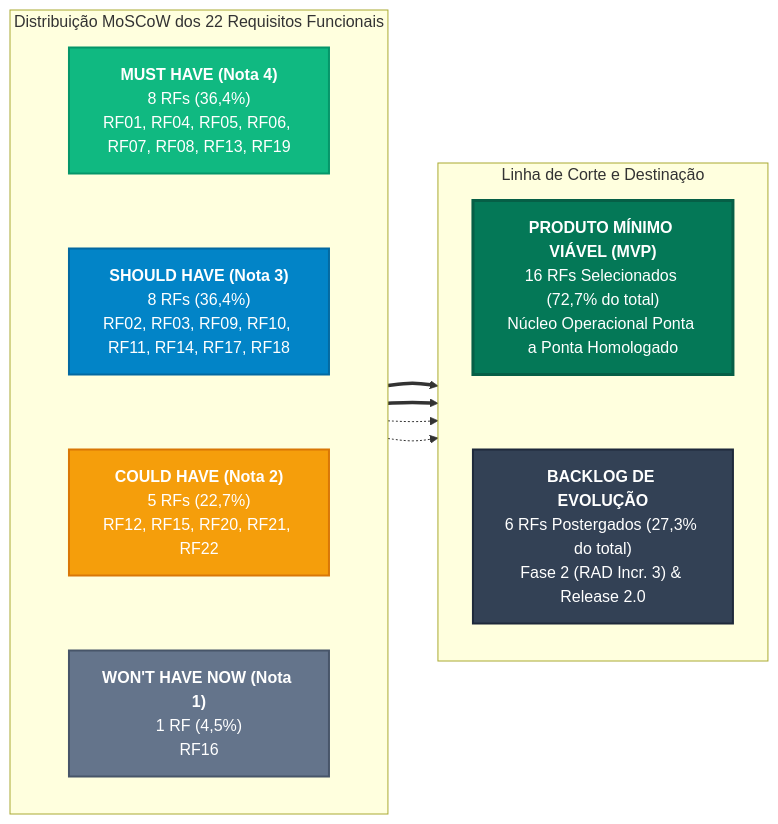
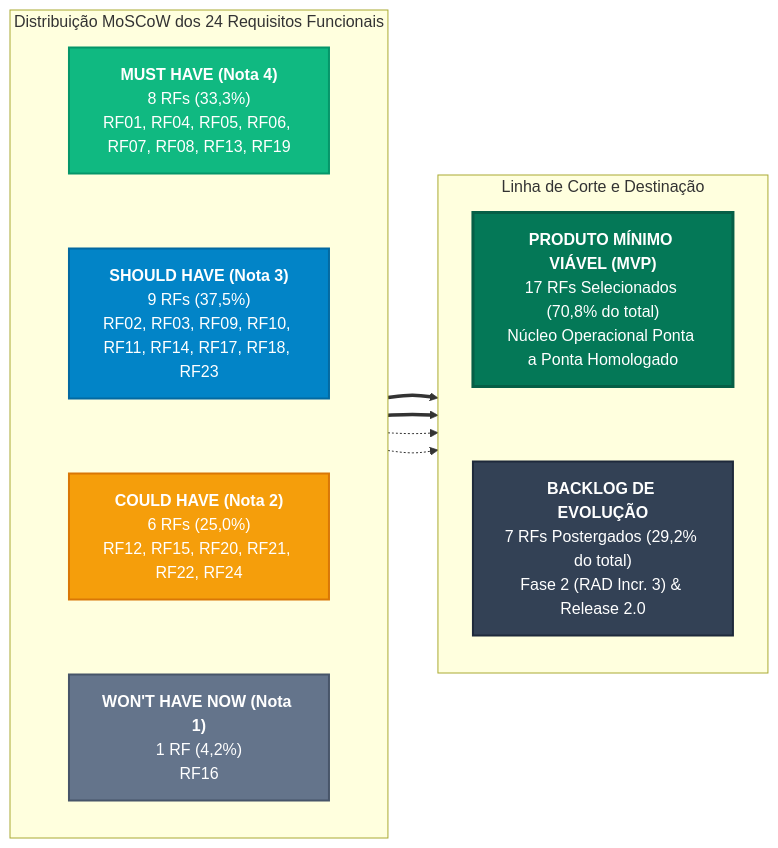
The second of 4 diagrams in docs/requisitos/priorizacao.md (mdsreq-fga-unb/REQ-2026.2-T01-DUOC-Finance), drawn with Mermaid before and after one commit. The commit also changed other lines of this file and 1 other file, not shown here.

````diff
--- a/docs/requisitos/priorizacao.md
+++ b/docs/requisitos/priorizacao.md
@@ -88,39 +90,39 @@
 ```mermaid
 flowchart LR
-    subgraph MOSCOW["Distribuição MoSCoW dos 22 Requisitos Funcionais"]
+    subgraph MOSCOW["Distribuição MoSCoW dos 24 Requisitos Funcionais"]
         direction TB
-        M["<b>MUST HAVE (Nota 4)</b><br>8 RFs (36,4%)<br>RF01, RF04, RF05, RF06, RF07, RF08, RF13, RF19"]
-        S["<b>SHOULD HAVE (Nota 3)</b><br>8 RFs (36,4%)<br>RF02, RF03, RF09, RF10, RF11, RF14, RF17, RF18"]
-        C["<b>COULD HAVE (Nota 2)</b><br>5 RFs (22,7%)<br>RF12, RF15, RF20, RF21, RF22"]
-        W["<b>WON'T HAVE NOW (Nota 1)</b><br>1 RF (4,5%)<br>RF16"]
+        M["<b>MUST HAVE (Nota 4)</b><br>8 RFs (33,3%)<br>RF01, RF04, RF05, RF06, RF07, RF08, RF13, RF19"]
+        S["<b>SHOULD HAVE (Nota 3)</b><br>9 RFs (37,5%)<br>RF02, RF03, RF09, RF10, RF11, RF14, RF17, RF18, RF23"]
+        C["<b>COULD HAVE (Nota 2)</b><br>6 RFs (25,0%)<br>RF12, RF15, RF20, RF21, RF22, RF24"]
+        W["<b>WON'T HAVE NOW (Nota 1)</b><br>1 RF (4,2%)<br>RF16"]
         M ~~~ S
         S ~~~ C
         C ~~~ W
     end
 
     subgraph DEST["Linha de Corte e Destinação"]
         direction TB
-        MVP["<b>PRODUTO MÍNIMO VIÁVEL (MVP)</b><br>16 RFs Selecionados (72,7% do total)<br>Núcleo Operacional Ponta a Ponta Homologado"]
-        POST["<b>BACKLOG DE EVOLUÇÃO</b><br>6 RFs Postergados (27,3% do total)<br>Fase 2 (RAD Incr. 3) & Release 2.0"]
+        MVP["<b>PRODUTO MÍNIMO VIÁVEL (MVP)</b><br>17 RFs Selecionados (70,8% do total)<br>Núcleo Operacional Ponta a Ponta Homologado"]
+        POST["<b>BACKLOG DE EVOLUÇÃO</b><br>7 RFs Postergados (29,2% do total)<br>Fase 2 (RAD Incr. 3) & Release 2.0"]
         MVP ~~~ POST
     end
 
     M ==> MVP
     S ==> MVP
     C -.-> POST
     W -.-> POST
 
     classDef mustClass fill:#10b981,stroke:#059669,stroke-width:2px,color:#ffffff;
     classDef shouldClass fill:#0284c7,stroke:#0369a1,stroke-width:2px,color:#ffffff;
     classDef couldClass fill:#f59e0b,stroke:#d97706,stroke-width:2px,color:#ffffff;
     classDef wontClass fill:#64748b,stroke:#475569,stroke-width:2px,color:#ffffff;
     classDef mvpClass fill:#047857,stroke:#065f46,stroke-width:3px,color:#ffffff;
     classDef postClass fill:#334155,stroke:#1e293b,stroke-width:2px,color:#ffffff;
 
     class M mustClass;
     class S shouldClass;
     class C couldClass;
     class W wontClass;
     class MVP mvpClass;
     class POST postClass;
 ```
````
